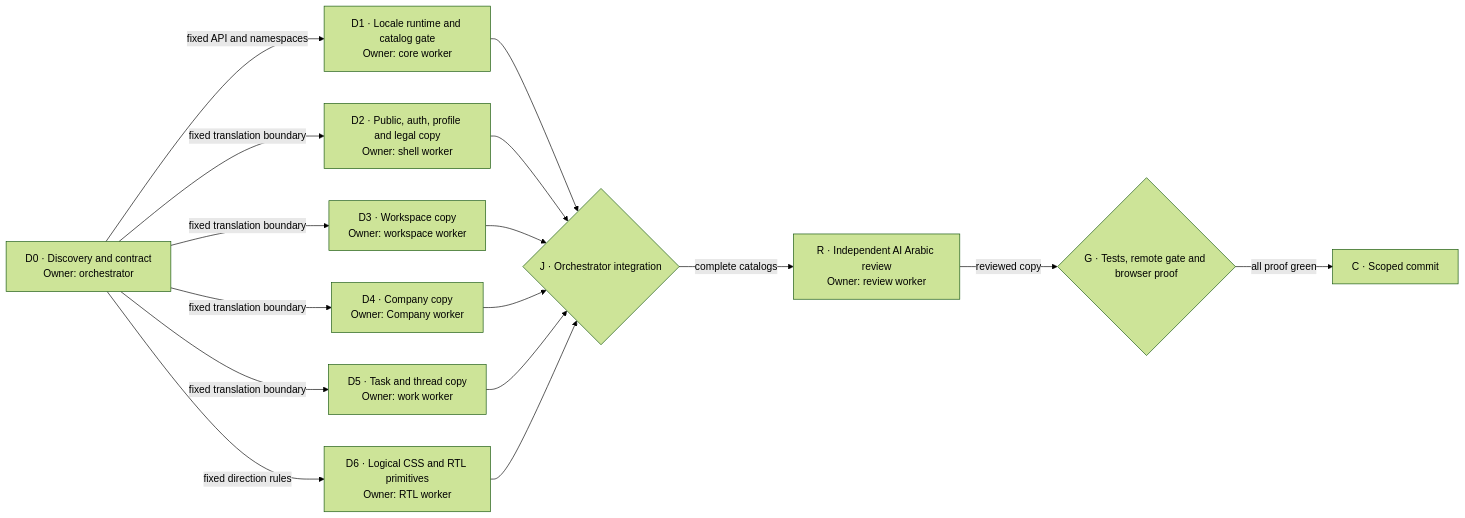
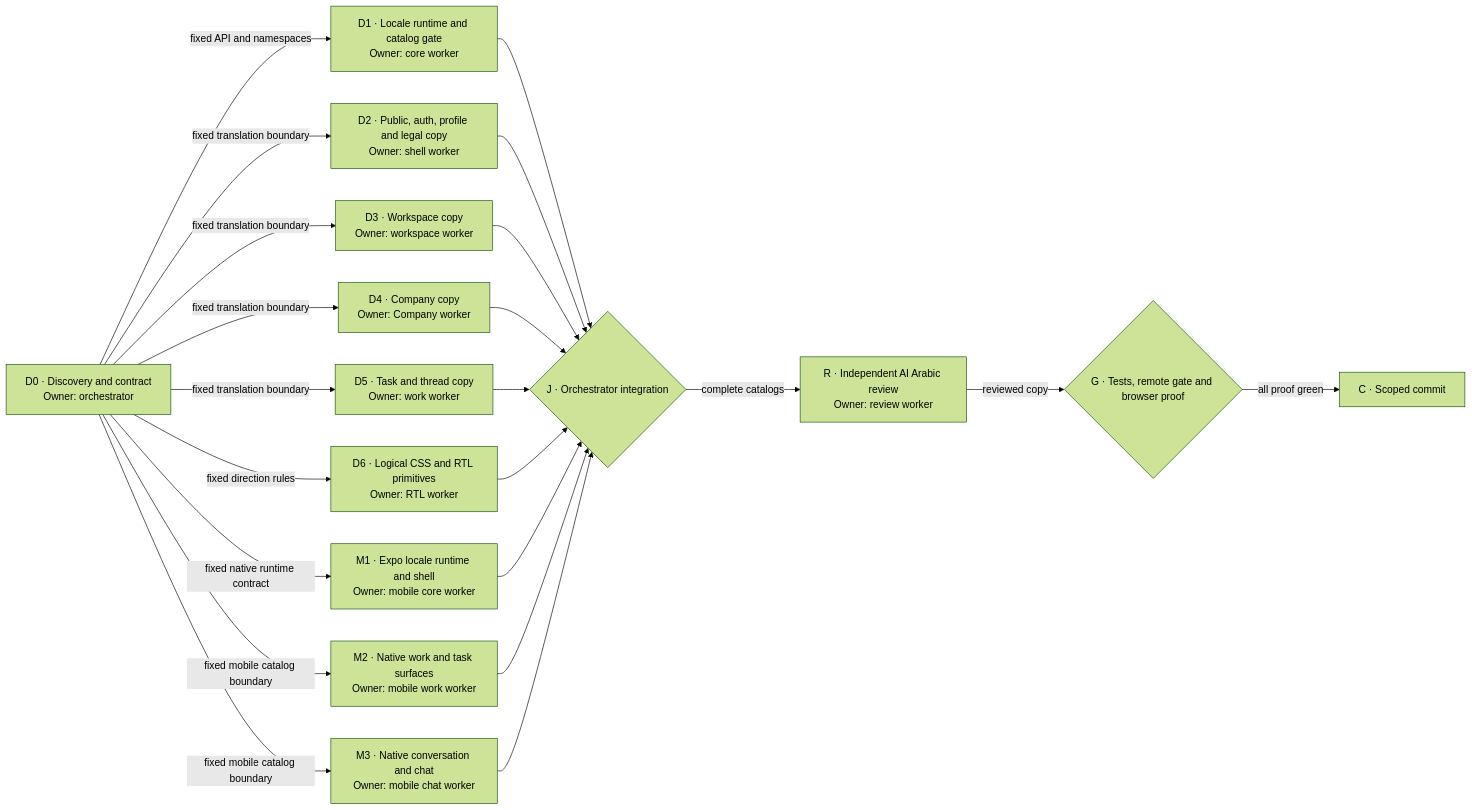
Before and after one commit to realhasanshoaib/track: the diagram in docs/ARABIC_I18N_RTL_SPEC.md, drawn with Mermaid (forest theme). The commit also changed other lines of this file and 6 other files, not shown here.

````diff
--- a/docs/ARABIC_I18N_RTL_SPEC.md
+++ b/docs/ARABIC_I18N_RTL_SPEC.md
@@ -285,30 +329,39 @@
 ```mermaid
 flowchart LR
   D0["D0 · Discovery and contract\nOwner: orchestrator"]
   D1["D1 · Locale runtime and catalog gate\nOwner: core worker"]
   D2["D2 · Public, auth, profile and legal copy\nOwner: shell worker"]
   D3["D3 · Workspace copy\nOwner: workspace worker"]
   D4["D4 · Company copy\nOwner: Company worker"]
   D5["D5 · Task and thread copy\nOwner: work worker"]
   D6["D6 · Logical CSS and RTL primitives\nOwner: RTL worker"]
+  M1["M1 · Expo locale runtime and shell\nOwner: mobile core worker"]
+  M2["M2 · Native work and task surfaces\nOwner: mobile work worker"]
+  M3["M3 · Native conversation and chat\nOwner: mobile chat worker"]
   J{"J · Orchestrator integration"}
   R["R · Independent AI Arabic review\nOwner: review worker"]
   G{"G · Tests, remote gate and browser proof"}
   C["C · Scoped commit"]
 
   D0 -->|fixed API and namespaces| D1
   D0 -->|fixed translation boundary| D2
   D0 -->|fixed translation boundary| D3
   D0 -->|fixed translation boundary| D4
   D0 -->|fixed translation boundary| D5
   D0 -->|fixed direction rules| D6
+  D0 -->|fixed native runtime contract| M1
+  D0 -->|fixed mobile catalog boundary| M2
+  D0 -->|fixed mobile catalog boundary| M3
   D1 --> J
   D2 --> J
   D3 --> J
   D4 --> J
   D5 --> J
   D6 --> J
+  M1 --> J
+  M2 --> J
+  M3 --> J
   J -->|complete catalogs| R
   R -->|reviewed copy| G
   G -->|all proof green| C
 ```
````
